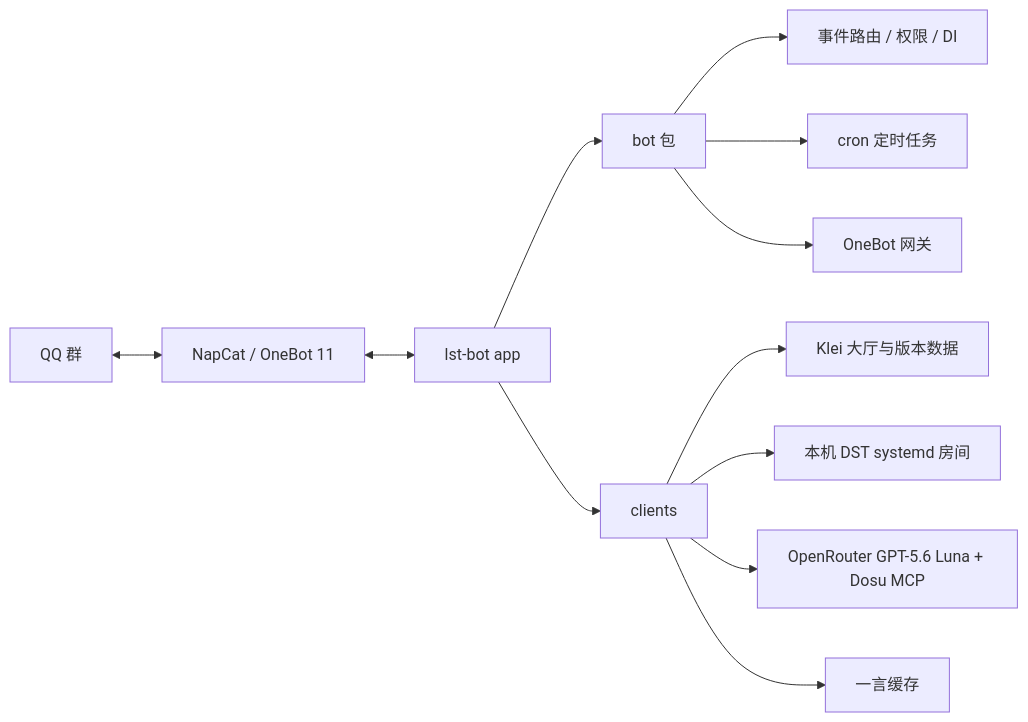
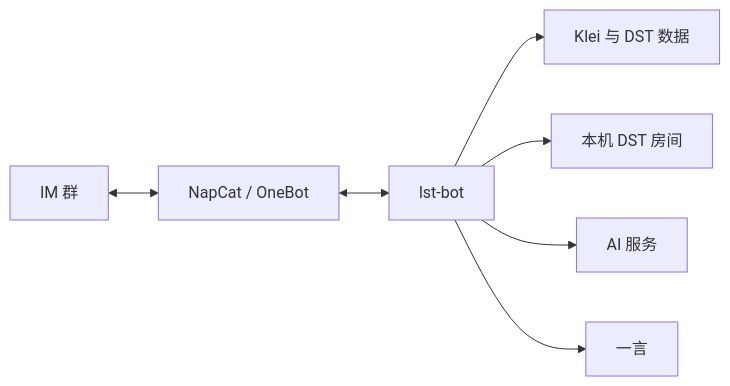
Before and after one commit to LetsStarveTogether/lst-bot: the diagram in README.zh-Hans.md, drawn with Mermaid. The commit also changed other lines of this file and 5 other files, not shown here.

````diff
--- a/README.zh-Hans.md
+++ b/README.zh-Hans.md
@@ -24,16 +23,9 @@
 ```mermaid
 flowchart LR
-    QQ[QQ 群] <--> NapCat[NapCat / OneBot 11]
-    NapCat <--> Bot[lst-bot app]
-
-    Bot --> Framework[bot 包]
-    Framework --> Router[事件路由 / 权限 / DI]
-    Framework --> Scheduler[cron 定时任务]
-    Framework --> Gateway[OneBot 网关]
-
-    Bot --> Clients[clients]
-    Clients --> Klei[Klei 大厅与版本数据]
-    Clients --> DST[本机 DST systemd 房间]
-    Clients --> AI[OpenRouter GPT-5.6 Luna + Dosu MCP]
-    Clients --> Hitokoto[一言缓存]
+    Chat[IM 群] <--> Gateway[NapCat / OneBot]
+    Gateway <--> Bot[lst-bot]
+    Bot --> Game[Klei 与 DST 数据]
+    Bot --> Rooms[本机 DST 房间]
+    Bot --> AI[AI 服务]
+    Bot --> Hitokoto[一言]
 ```
````
